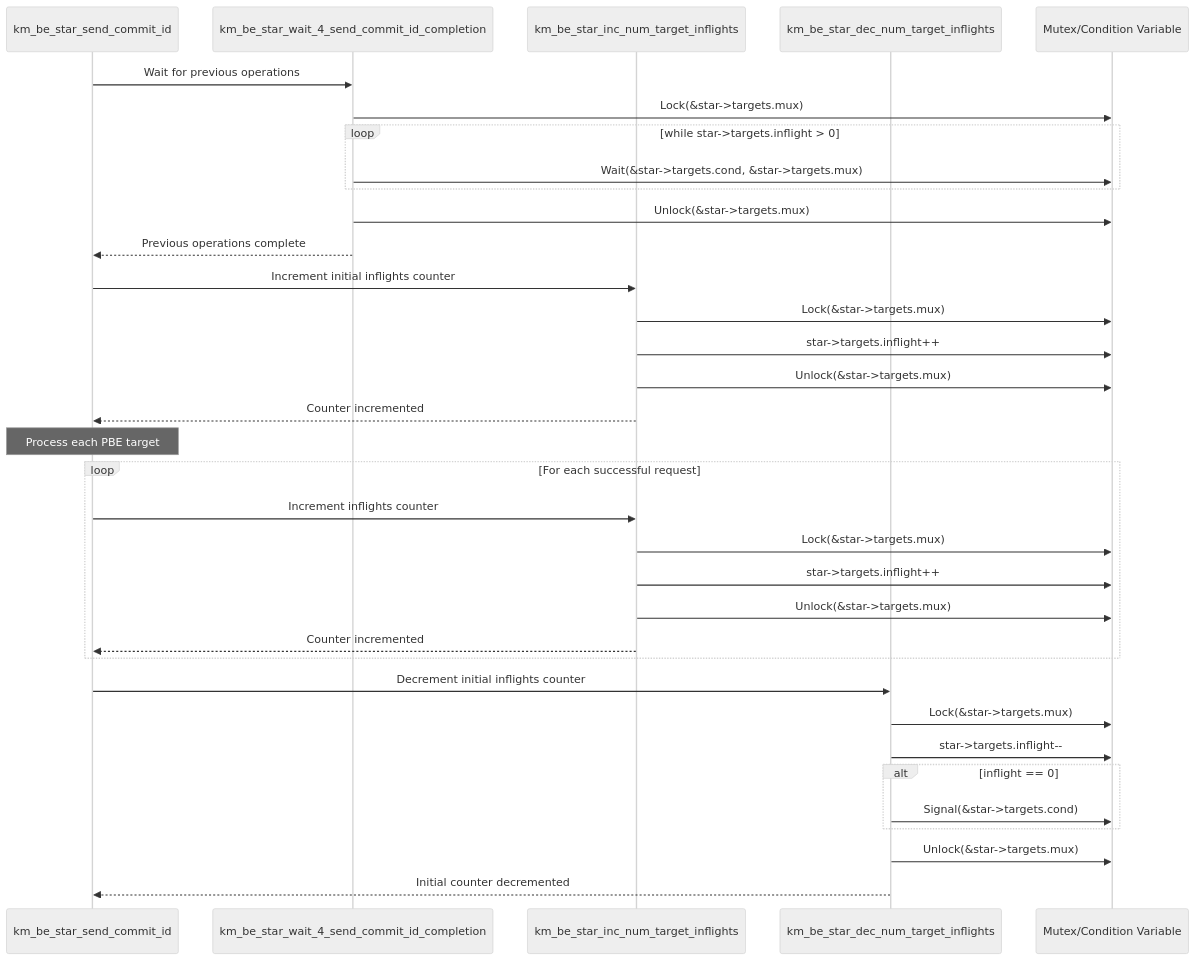
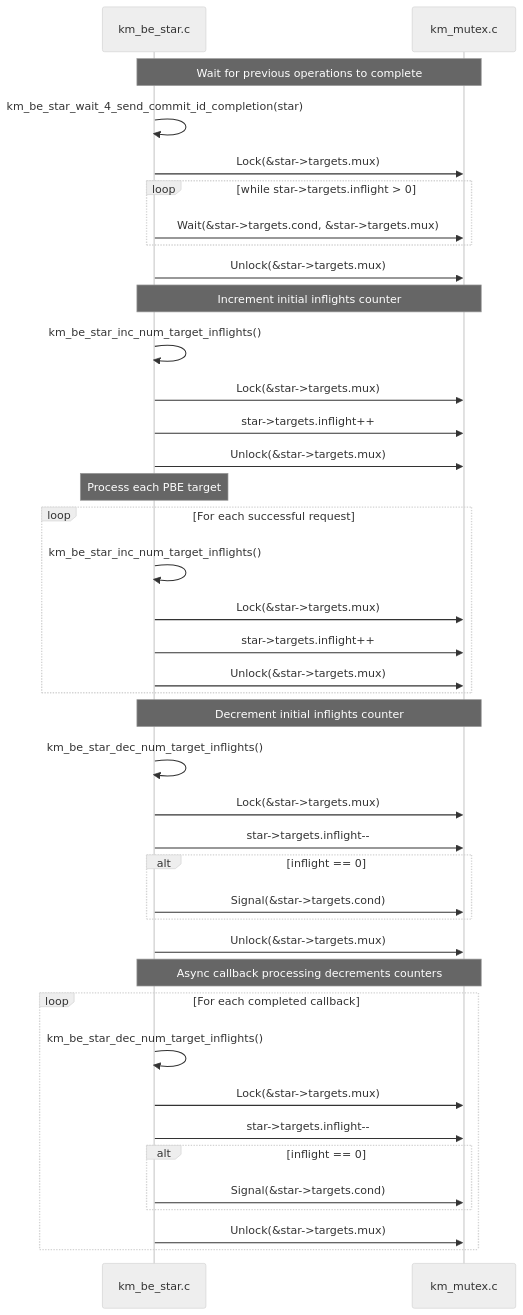
The diagram in 02-synchronization-flow.md (jameel-shorosh-silk/sequence-diagrams-km-be-star), drawn with Mermaid (neutral theme) before and after one commit.

Commit message:
Update synchronization flow with revised participant names

````diff
--- a/02-synchronization-flow.md
+++ b/02-synchronization-flow.md
@@ -5,41 +5,48 @@
 ```mermaid
 sequenceDiagram
-    participant SendCommit as km_be_star_send_commit_id
-    participant Wait as km_be_star_wait_4_send_commit_id_completion
-    participant Inc as km_be_star_inc_num_target_inflights
-    participant Dec as km_be_star_dec_num_target_inflights
-    participant Mutex as Mutex/Condition Variable
+    participant Star as km_be_star.c
+    participant Mutex as km_mutex.c
 
-    SendCommit->>Wait: Wait for previous operations
-    Wait->>Mutex: Lock(&star->targets.mux)
+    Note over Star,Mutex: Wait for previous operations to complete
+    Star->>Star: km_be_star_wait_4_send_commit_id_completion(star)
+    Star->>Mutex: Lock(&star->targets.mux)
     loop while star->targets.inflight > 0
-        Wait->>Mutex: Wait(&star->targets.cond, &star->targets.mux)
+        Star->>Mutex: Wait(&star->targets.cond, &star->targets.mux)
     end
-    Wait->>Mutex: Unlock(&star->targets.mux)
-    Wait-->>SendCommit: Previous operations complete
+    Star->>Mutex: Unlock(&star->targets.mux)
     
-    SendCommit->>Inc: Increment initial inflights counter
-    Inc->>Mutex: Lock(&star->targets.mux)
-    Inc->>Mutex: star->targets.inflight++
-    Inc->>Mutex: Unlock(&star->targets.mux)
-    Inc-->>SendCommit: Counter incremented
+    Note over Star,Mutex: Increment initial inflights counter
+    Star->>Star: km_be_star_inc_num_target_inflights()
+    Star->>Mutex: Lock(&star->targets.mux)
+    Star->>Mutex: star->targets.inflight++
+    Star->>Mutex: Unlock(&star->targets.mux)
     
-    Note over SendCommit: Process each PBE target
+    Note over Star: Process each PBE target
     
     loop For each successful request
-        SendCommit->>Inc: Increment inflights counter
-        Inc->>Mutex: Lock(&star->targets.mux)
-        Inc->>Mutex: star->targets.inflight++
-        Inc->>Mutex: Unlock(&star->targets.mux)
-        Inc-->>SendCommit: Counter incremented
+        Star->>Star: km_be_star_inc_num_target_inflights()
+        Star->>Mutex: Lock(&star->targets.mux)
+        Star->>Mutex: star->targets.inflight++
+        Star->>Mutex: Unlock(&star->targets.mux)
     end
     
-    SendCommit->>Dec: Decrement initial inflights counter
-    Dec->>Mutex: Lock(&star->targets.mux)
-    Dec->>Mutex: star->targets.inflight--
+    Note over Star,Mutex: Decrement initial inflights counter
+    Star->>Star: km_be_star_dec_num_target_inflights()
+    Star->>Mutex: Lock(&star->targets.mux)
+    Star->>Mutex: star->targets.inflight--
     alt inflight == 0
-        Dec->>Mutex: Signal(&star->targets.cond)
+        Star->>Mutex: Signal(&star->targets.cond)
     end
-    Dec->>Mutex: Unlock(&star->targets.mux)
-    Dec-->>SendCommit: Initial counter decremented
+    Star->>Mutex: Unlock(&star->targets.mux)
+    
+    Note over Star,Mutex: Async callback processing decrements counters
+    loop For each completed callback
+        Star->>Star: km_be_star_dec_num_target_inflights()
+        Star->>Mutex: Lock(&star->targets.mux)
+        Star->>Mutex: star->targets.inflight--
+        alt inflight == 0
+            Star->>Mutex: Signal(&star->targets.cond)
+        end
+        Star->>Mutex: Unlock(&star->targets.mux)
+    end
 ```
````
